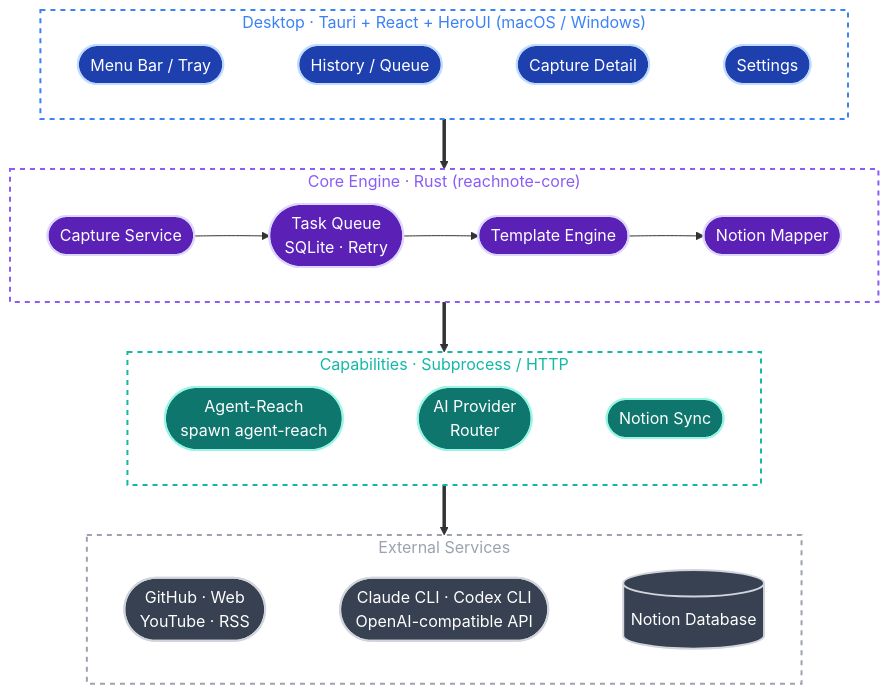
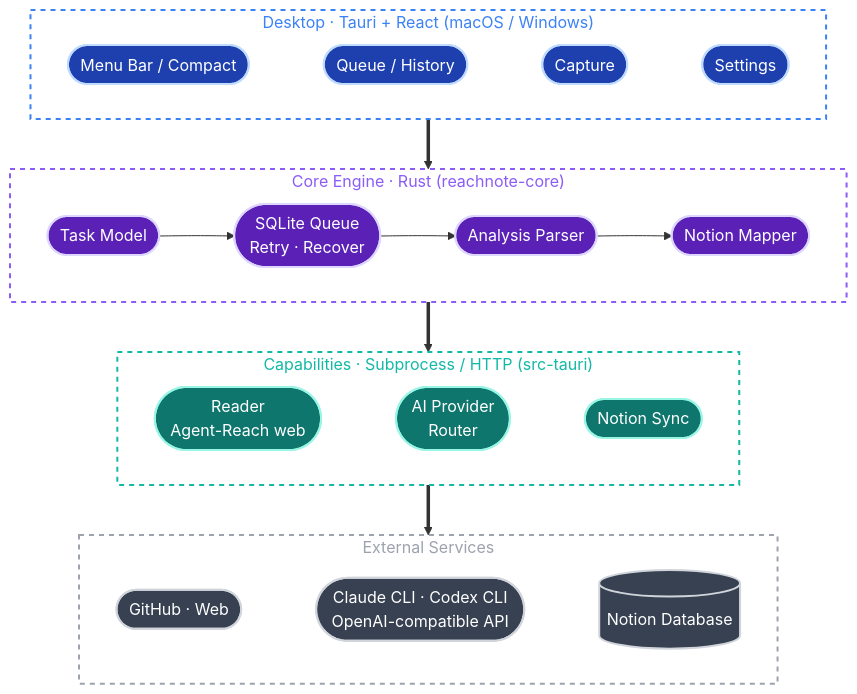
One commit to AliceDel66/ReachNote changed the second of 5 diagrams in README.md. Above: the diagram before and after it, drawn with Mermaid. The commit also changed other lines of this file and 46 other files, not shown here.

````diff
--- a/README.md
+++ b/README.md
@@ -113,34 +134,34 @@
 ```mermaid
 flowchart TB
     classDef ui fill:#1e40af,stroke:#bfdbfe,stroke-width:2px,color:#fff
     classDef core fill:#5b21b6,stroke:#ddd6fe,stroke-width:2px,color:#fff
     classDef cap fill:#0f766e,stroke:#99f6e4,stroke-width:2px,color:#fff
     classDef ext fill:#374151,stroke:#d1d5db,stroke-width:2px,color:#fff
 
-    subgraph UI["Desktop · Tauri + React + HeroUI (macOS / Windows)"]
+    subgraph UI["Desktop · Tauri + React (macOS / Windows)"]
         direction LR
-        Menu(["Menu Bar / Tray"]):::ui ~~~ History(["History / Queue"]):::ui ~~~ Detail(["Capture Detail"]):::ui ~~~ Settings(["Settings"]):::ui
+        Menu(["Menu Bar / Compact"]):::ui ~~~ History(["Queue / History"]):::ui ~~~ Detail(["Capture"]):::ui ~~~ Settings(["Settings"]):::ui
     end
 
     subgraph Core["Core Engine · Rust (reachnote-core)"]
         direction LR
-        CaptureSvc(["Capture Service"]):::core --> Queue(["Task Queue<br/>SQLite · Retry"]):::core --> Tmpl(["Template Engine"]):::core --> Mapper(["Notion Mapper"]):::core
+        CaptureSvc(["Task Model"]):::core --> Queue(["SQLite Queue<br/>Retry · Recover"]):::core --> Tmpl(["Analysis Parser"]):::core --> Mapper(["Notion Mapper"]):::core
     end
 
-    subgraph Cap["Capabilities · Subprocess / HTTP"]
+    subgraph Cap["Capabilities · Subprocess / HTTP (src-tauri)"]
         direction LR
-        Reach(["Agent-Reach<br/>spawn agent-reach"]):::cap ~~~ AIRouter(["AI Provider<br/>Router"]):::cap ~~~ NotionSync(["Notion Sync"]):::cap
+        Reach(["Reader<br/>Agent-Reach web"]):::cap ~~~ AIRouter(["AI Provider<br/>Router"]):::cap ~~~ NotionSync(["Notion Sync"]):::cap
     end
 
     subgraph Ext["External Services"]
         direction LR
-        Sites(["GitHub · Web<br/>YouTube · RSS"]):::ext ~~~ AIBackends(["Claude CLI · Codex CLI<br/>OpenAI-compatible API"]):::ext ~~~ NotionDB[("Notion Database")]:::ext
+        Sites(["GitHub · Web"]):::ext ~~~ AIBackends(["Claude CLI · Codex CLI<br/>OpenAI-compatible API"]):::ext ~~~ NotionDB[("Notion Database")]:::ext
     end
 
     UI ==> Core ==> Cap ==> Ext
 
     style UI fill:none,stroke:#3b82f6,stroke-width:2px,stroke-dasharray:5 5,color:#3b82f6
     style Core fill:none,stroke:#8b5cf6,stroke-width:2px,stroke-dasharray:5 5,color:#8b5cf6
     style Cap fill:none,stroke:#14b8a6,stroke-width:2px,stroke-dasharray:5 5,color:#14b8a6
     style Ext fill:none,stroke:#9ca3af,stroke-width:2px,stroke-dasharray:5 5,color:#9ca3af
 ```
````
